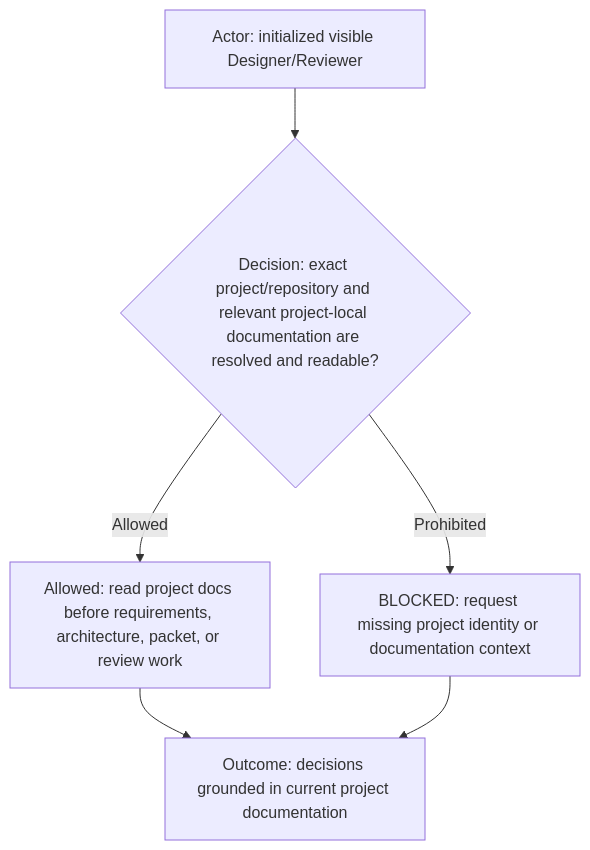
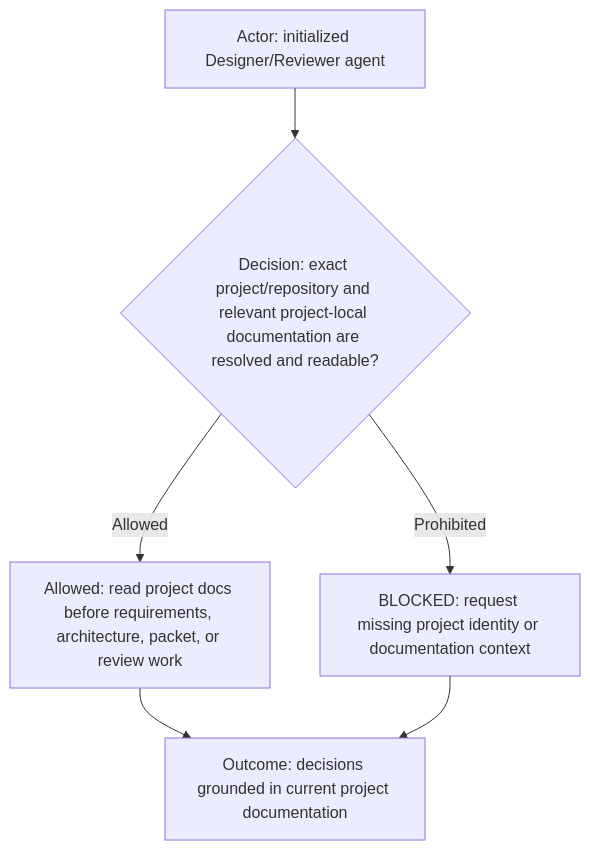
One commit to starodubtsevconsulting/ai-fleas changed the fifth of 21 diagrams in ai-workflows/_common/roles/designer-reviewer.md. Above: the diagram before and after it, drawn with Mermaid. The commit also changed other lines of this file and 15 other files, not shown here.

````diff
--- a/ai-workflows/_common/roles/designer-reviewer.md
+++ b/ai-workflows/_common/roles/designer-reviewer.md
@@ -103,8 +103,8 @@
 ```mermaid
 flowchart TD
-  Actor["Actor: initialized visible Designer/Reviewer"] --> Decision{"Decision: exact project/repository and relevant project-local documentation are resolved and readable?"}
+  Actor["Actor: initialized Designer/Reviewer agent"] --> Decision{"Decision: exact project/repository and relevant project-local documentation are resolved and readable?"}
   Decision -->|Allowed| Route["Allowed: read project docs before requirements, architecture, packet, or review work"]
   Decision -->|Prohibited| Blocked["BLOCKED: request missing project identity or documentation context"]
   Route --> Outcome["Outcome: decisions grounded in current project documentation"]
   Blocked --> Outcome
 ```
````
